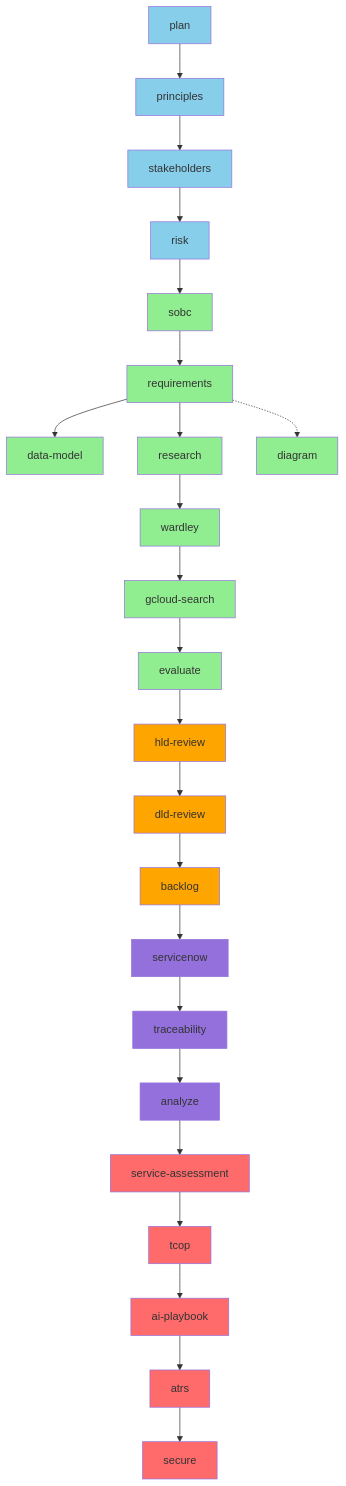
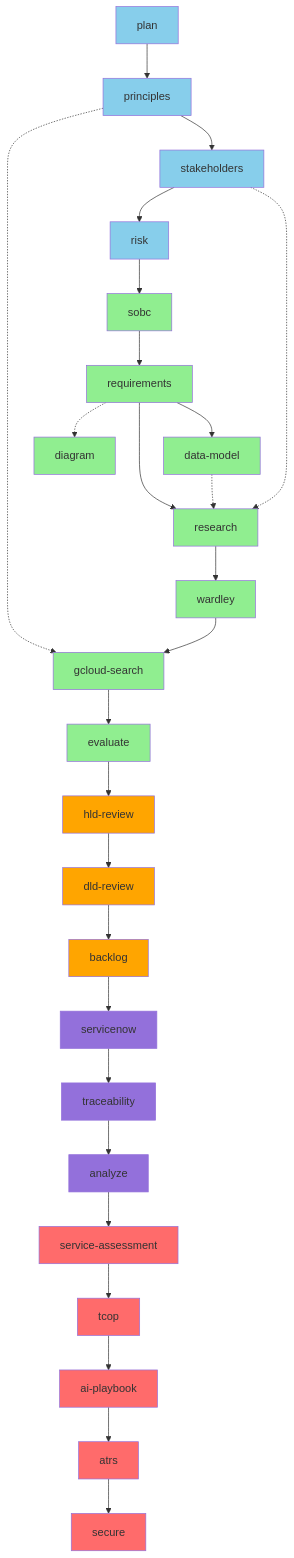
One commit to tractorjuice/arckit-test-project-v8-ons-data-platform changed the third of 9 diagrams in WORKFLOW-DIAGRAMS.md. Above: the diagram before and after it, drawn with Mermaid. The commit also changed other lines of this file, not shown here.

First line of the commit message:
docs: update workflow diagrams to match dependency matrix v0.8.2

````diff
--- a/WORKFLOW-DIAGRAMS.md
+++ b/WORKFLOW-DIAGRAMS.md
@@ -156,66 +163,69 @@
 ```mermaid
 graph TD
     %% Tier 0-1: Foundation
     A[plan] --> B[principles]
     B --> C[stakeholders]
     C --> D[risk]
 
     %% Tier 2-3: Business Case & Requirements
     D --> E[sobc]
     E --> F[requirements]
 
     %% Tier 4: Detailed Design
     F --> G[data-model]
     F --> H[research]
+    G -.-> H
+    C -.-> H
     H --> I[wardley]
 
     %% Tier 5: UK Gov Procurement
-    I --> J[gcloud-search]
+    B -.-> J[gcloud-search]
+    I --> J
     J --> K[evaluate]
 
     %% Tier 6: Design Reviews
     K --> L[hld-review]
     L --> M[dld-review]
 
     %% Tier 7: Implementation
     M --> N[backlog]
 
     %% Tier 8-9: Operations & Quality
     N --> O[servicenow]
     O --> P[traceability]
     P --> Q[analyze]
 
     %% Tier 10: UK Gov Compliance + AI Compliance
     Q --> R[service-assessment]
     R --> S[tcop]
     S --> T[ai-playbook]
     T --> U[atrs]
     U --> V[secure]
 
     %% Optional parallel paths
     F -.-> W[diagram]
 
     style A fill:#87CEEB
     style B fill:#87CEEB
     style C fill:#87CEEB
     style D fill:#87CEEB
     style E fill:#90EE90
     style F fill:#90EE90
     style G fill:#90EE90
     style H fill:#90EE90
     style I fill:#90EE90
     style J fill:#90EE90
     style K fill:#90EE90
     style L fill:#FFA500
     style M fill:#FFA500
     style N fill:#FFA500
     style O fill:#9370DB
     style P fill:#9370DB
     style Q fill:#9370DB
     style R fill:#FF6B6B
     style S fill:#FF6B6B
     style T fill:#FF6B6B
     style U fill:#FF6B6B
     style V fill:#FF6B6B
     style W fill:#90EE90
 ```
````
